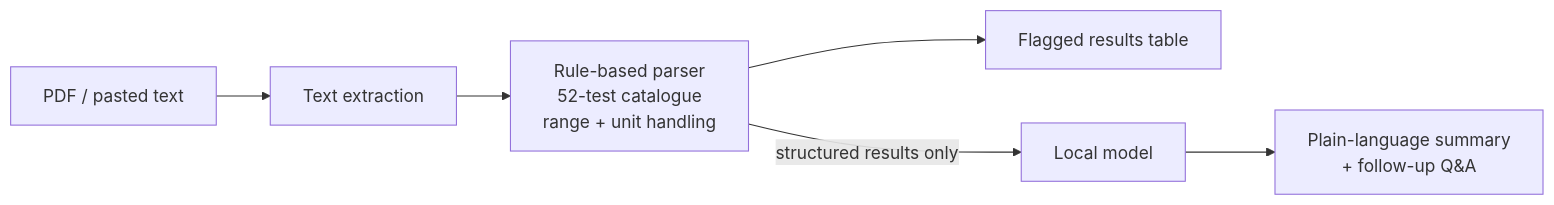
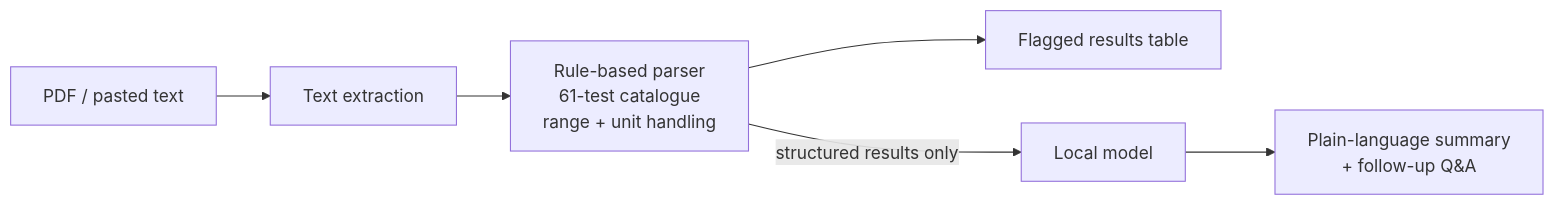
The diagram in README.md (sfs1109756/lab-report-explainer), drawn with Mermaid before and after one commit. The commit also changed other lines of this file and 2 other files, not shown here.

````diff
--- a/README.md
+++ b/README.md
@@ -24,8 +32,8 @@
 ```mermaid
 flowchart LR
   PDF[PDF / pasted text] --> X[Text extraction]
-  X --> P[Rule-based parser<br/>52-test catalogue<br/>range + unit handling]
+  X --> P[Rule-based parser<br/>61-test catalogue<br/>range + unit handling]
   P --> T[Flagged results table]
   P -->|structured results only| L[Local model]
   L --> E[Plain-language summary<br/>+ follow-up Q&A]
 ```
````
